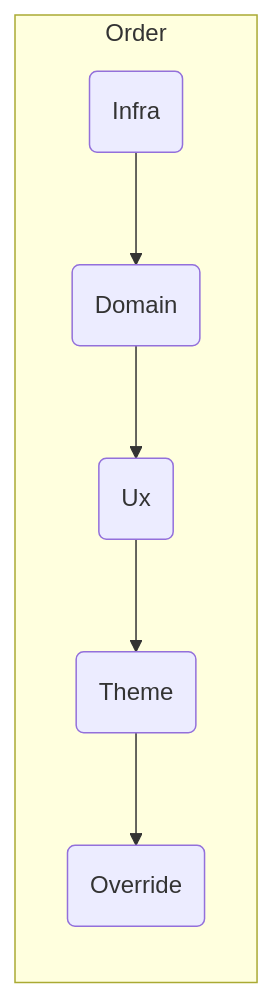
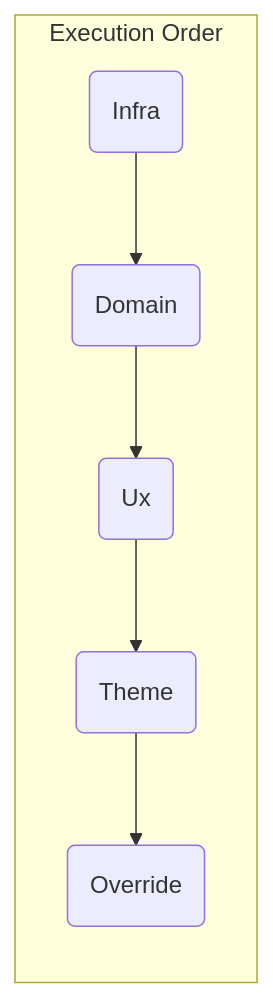
Before and after one commit to mouseless/baked: the second of 2 diagrams in docs/recipes/monolith.md, drawn with Mermaid. The commit also changed 3 other files, not shown here.

````diff
--- a/docs/recipes/monolith.md
+++ b/docs/recipes/monolith.md
@@ -142,18 +142,16 @@
 ```mermaid
 flowchart
-
   I(Infra)
   D(Domain)
   UX(Ux)
   T(Theme)
   O(Override)
 
-  subgraph Order
+  subgraph Execution Order
     direction TB
     I --> D
     D --> UX
     UX --> T
     T --> O
   end
-  
 ```
````
